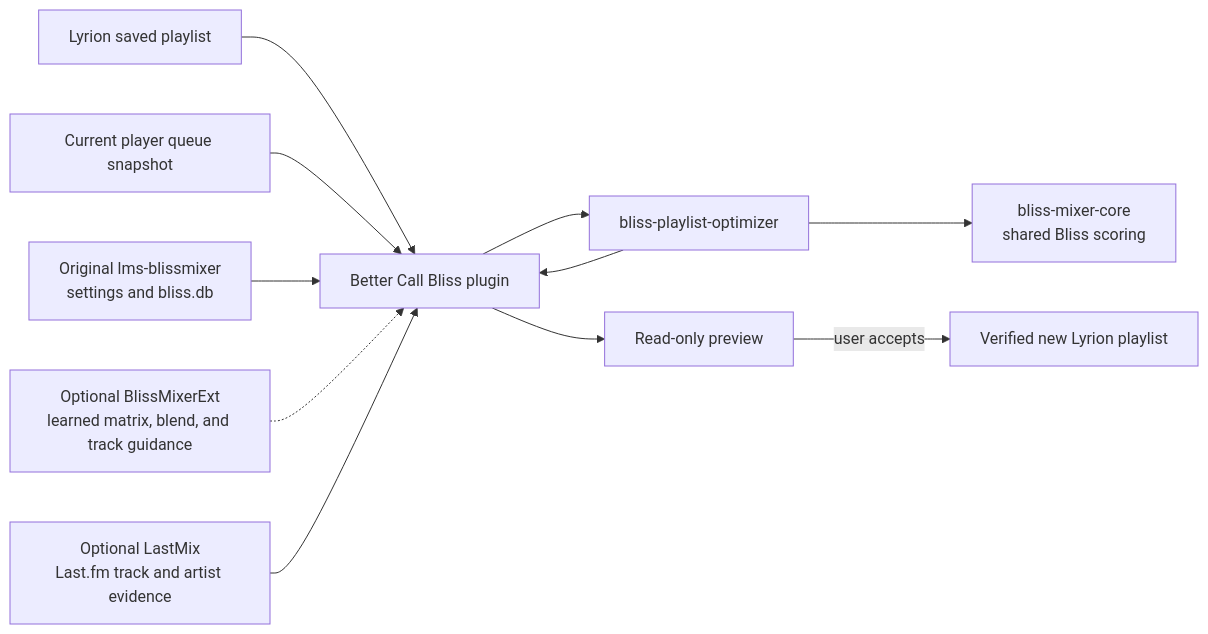
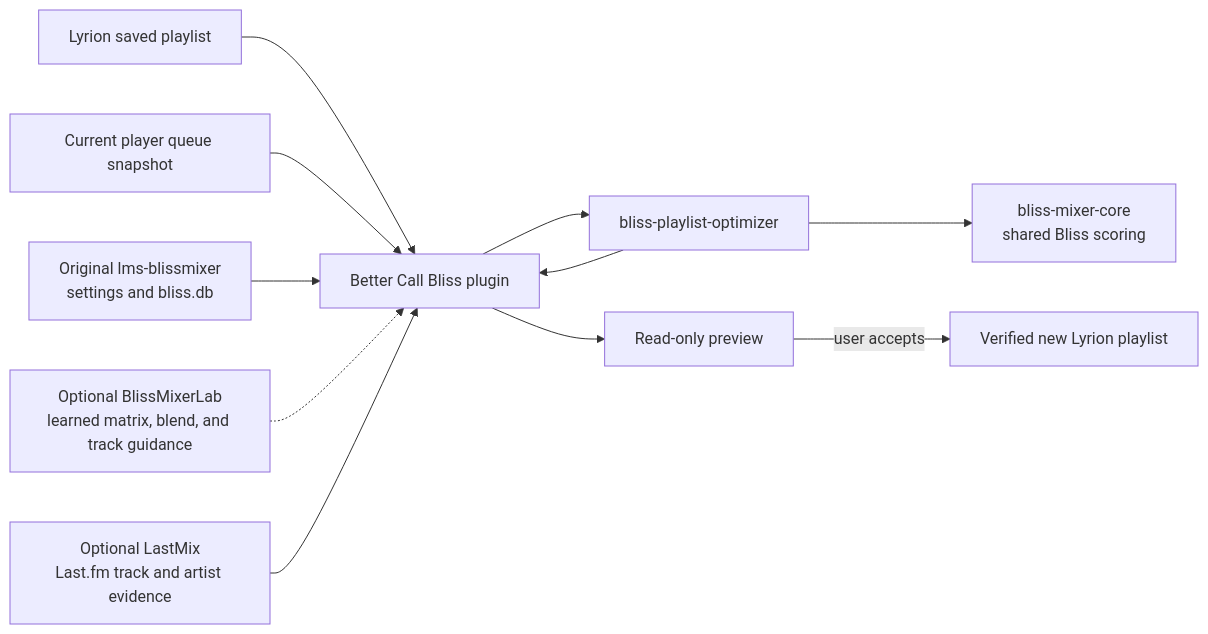
The diagram in README.md (chrober/lms-better-call-bliss), drawn with Mermaid before and after one commit. The commit also changed other lines of this file and 15 other files, not shown here.

```diff
--- a/README.md
+++ b/README.md
@@ -162,13 +162,13 @@
 ~~~mermaid
 flowchart LR
     LMS["Lyrion saved playlist"] --> P["Better Call Bliss plugin"]
     Q["Current player queue snapshot"] --> P
     BM["Original lms-blissmixer<br/>settings and bliss.db"] --> P
-    BME["Optional BlissMixerExt<br/>learned matrix, blend, and track guidance"] -.-> P
+    BME["Optional BlissMixerLab<br/>learned matrix, blend, and track guidance"] -.-> P
     LM["Optional LastMix<br/>Last.fm track and artist evidence"] --> P
     P --> O["bliss-playlist-optimizer"]
     O --> C["bliss-mixer-core<br/>shared Bliss scoring"]
     O --> P
     P --> V["Read-only preview"]
     V -->|"user accepts"| N["Verified new Lyrion playlist"]
 ~~~
```
